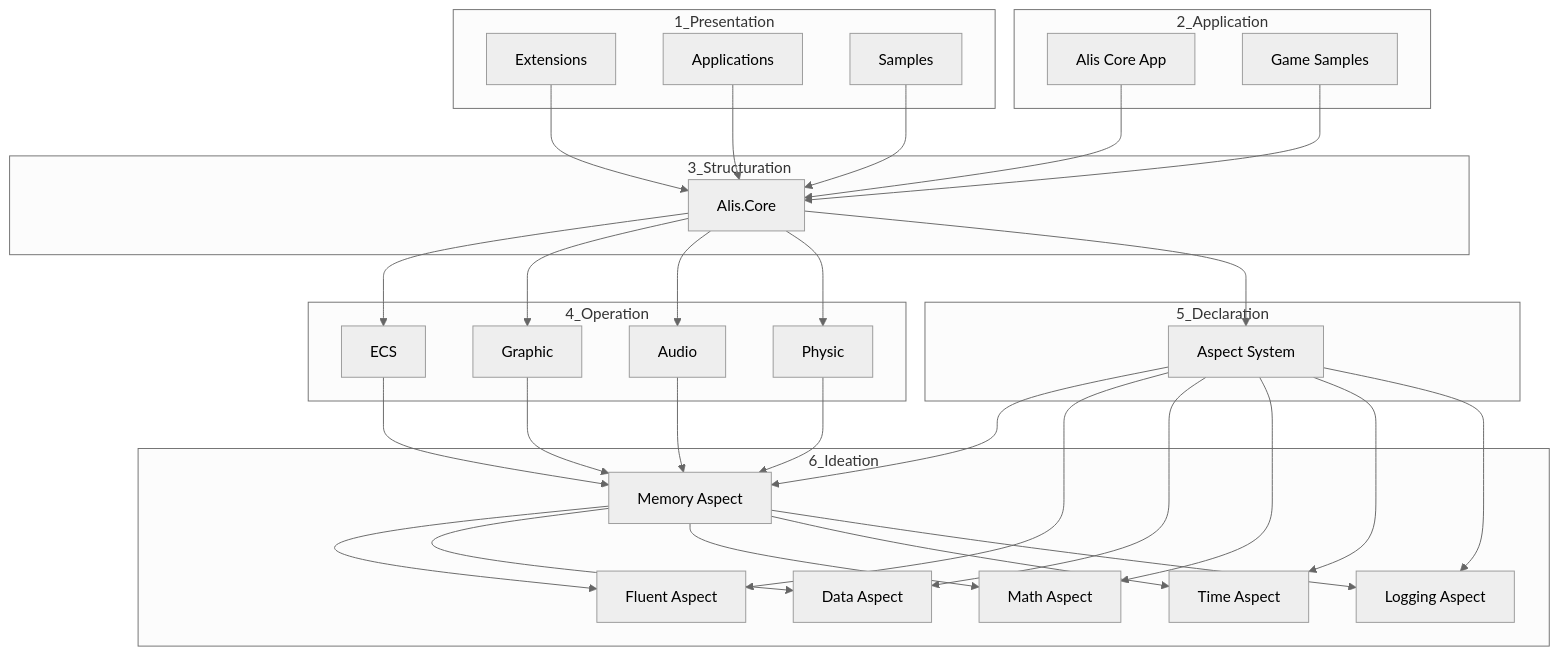
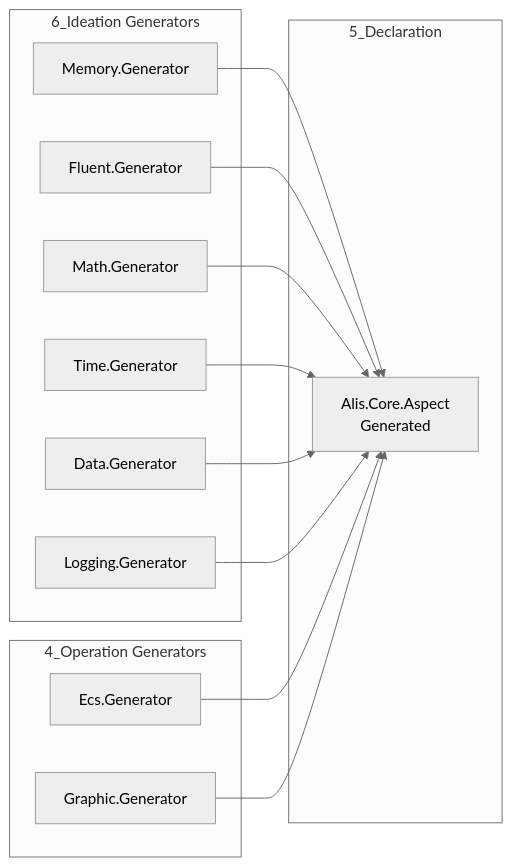
Before and after one commit to pabllopf/Alis: the second of 2 diagrams in .memory/system/indexes/dependency-index.md, drawn with Mermaid (neutral theme). The commit also changed other lines of this file and 2 other files, not shown here.

````diff
--- a/.memory/system/indexes/dependency-index.md
+++ b/.memory/system/indexes/dependency-index.md
@@ -55,67 +90,29 @@
 ```mermaid
-graph TD
-    subgraph "1_Presentation"
-        A[Extensions]
-        B[Applications]
-        C[Samples]
+flowchart LR
+    subgraph "6_Ideation Generators"
+        G1[Memory.Generator]
+        G2[Fluent.Generator]
+        G3[Math.Generator]
+        G4[Time.Generator]
+        G5[Data.Generator]
+        G6[Logging.Generator]
     end
-    
-    subgraph "2_Application"
-        D[Alis Core App]
-        E[Game Samples]
+
+    subgraph "4_Operation Generators"
+        G7[Ecs.Generator]
+        G8[Graphic.Generator]
     end
-    
-    subgraph "3_Structuration"
-        F[Alis.Core]
+
+    subgraph "5_Declaration"
+        ASP[Alis.Core.Aspect<br/>Generated]
     end
-    
-    subgraph "4_Operation"
-        G[ECS]
-        H[Graphic]
-        I[Audio]
-        J[Physic]
-    end
-    
-    subgraph "5_Declaration"
-        K[Aspect System]
-    end
-    
-    subgraph "6_Ideation"
-        L[Memory Aspect]
-        M[Fluent Aspect]
-        N[Data Aspect]
-        O[Math Aspect]
-        P[Time Aspect]
-        Q[Logging Aspect]
-    end
-    
-    F --> G
-    F --> H
-    F --> I
-    F --> J
-    F --> K
-    
-    G --> L
-    H --> L
-    I --> L
-    J --> L
-    
-    K --> L
-    K --> M
-    K --> N
-    K --> O
-    K --> P
-    K --> Q
-    
-    A --> F
-    B --> F
-    C --> F
-    D --> F
-    E --> F
-    
-    L --> M
-    L --> N
-    L --> O
-    L --> P
-    L --> Q
+
+    G1 --> ASP
+    G2 --> ASP
+    G3 --> ASP
+    G4 --> ASP
+    G5 --> ASP
+    G6 --> ASP
+    G7 --> ASP
+    G8 --> ASP
 ```
````
